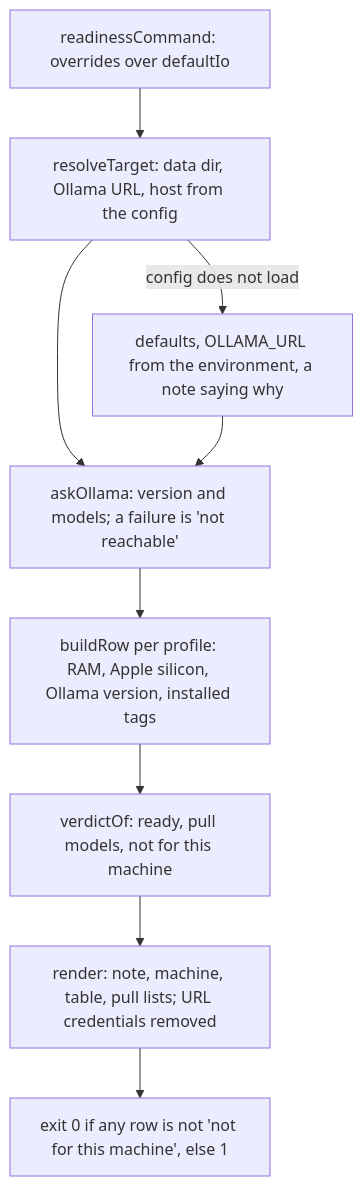
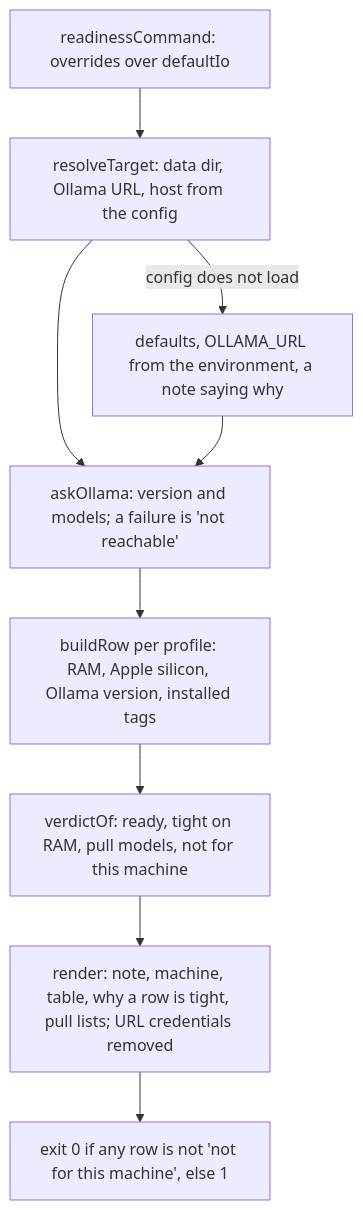
The diagram in src/cli/doctor/readiness/CLAUDE.md (odere-pro/weekly-engineering-digest-agent), drawn with Mermaid before and after one commit. The commit also changed other lines of this file and 20 other files, not shown here.

First line of the commit message:
fix(doctor): readiness flags quality as tight at 32-48 GiB RAM

````diff
--- a/src/cli/doctor/readiness/CLAUDE.md
+++ b/src/cli/doctor/readiness/CLAUDE.md
@@ -10,10 +10,10 @@
 ```mermaid
 flowchart TD
   start["readinessCommand: overrides over defaultIo"] --> target["resolveTarget: data dir, Ollama URL, host from the config"]
   target -->|"config does not load"| defaults["defaults, OLLAMA_URL from the environment, a note saying why"]
   target & defaults --> ask["askOllama: version and models; a failure is 'not reachable'"]
   ask --> rows["buildRow per profile: RAM, Apple silicon, Ollama version, installed tags"]
-  rows --> verdict["verdictOf: ready, pull models, not for this machine"]
-  verdict --> render["render: note, machine, table, pull lists; URL credentials removed"]
+  rows --> verdict["verdictOf: ready, tight on RAM, pull models, not for this machine"]
+  verdict --> render["render: note, machine, table, why a row is tight, pull lists; URL credentials removed"]
   render --> code["exit 0 if any row is not 'not for this machine', else 1"]
 ```
````
